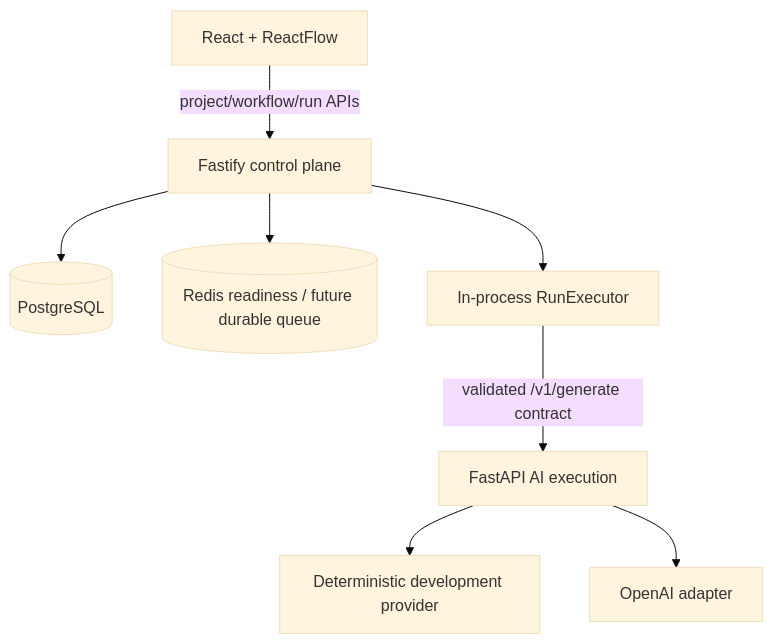
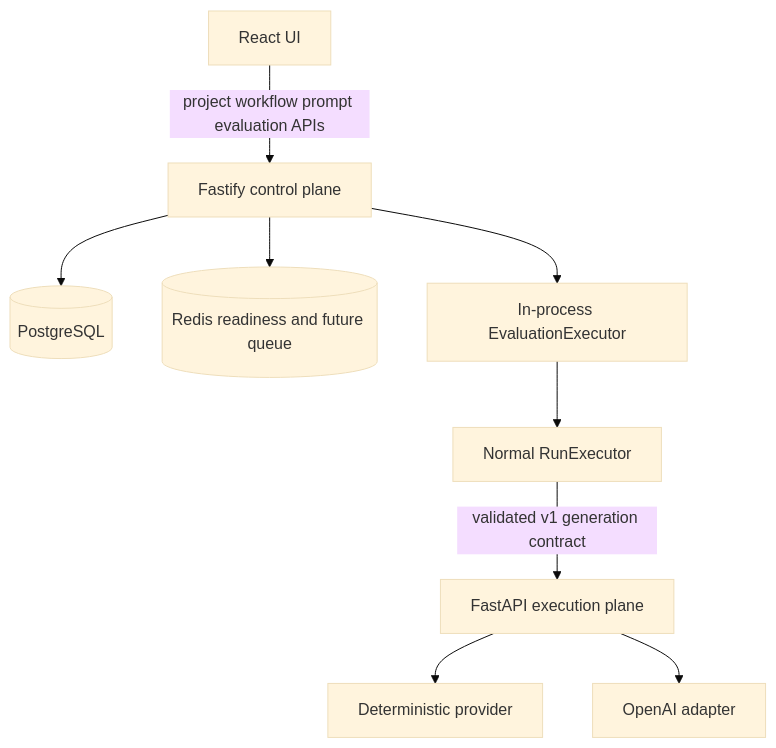
The diagram in ARCHITECTURE.md (hafiz475/agentops-ai-workflow-platform), drawn with Mermaid (base theme) before and after one commit. The commit also changed other lines of this file and 31 other files, not shown here.

Commit message:
feat: add prompt versioning and AI evaluation

````diff
--- a/ARCHITECTURE.md
+++ b/ARCHITECTURE.md
@@ -5,10 +5,11 @@
 ```mermaid
 flowchart TB
-  Web[React + ReactFlow] -->|project/workflow/run APIs| API[Fastify control plane]
+  Web[React UI] -->|project workflow prompt evaluation APIs| API[Fastify control plane]
   API --> Store[(PostgreSQL)]
-  API --> Redis[(Redis readiness / future durable queue)]
-  API --> Executor[In-process RunExecutor]
-  Executor -->|validated /v1/generate contract| Python[FastAPI AI execution]
-  Python --> Dev[Deterministic development provider]
+  API --> Redis[(Redis readiness and future queue)]
+  API --> Evaluation[In-process EvaluationExecutor]
+  Evaluation --> Runs[Normal RunExecutor]
+  Runs -->|validated v1 generation contract| Python[FastAPI execution plane]
+  Python --> Dev[Deterministic provider]
   Python --> OA[OpenAI adapter]
 ```
````
